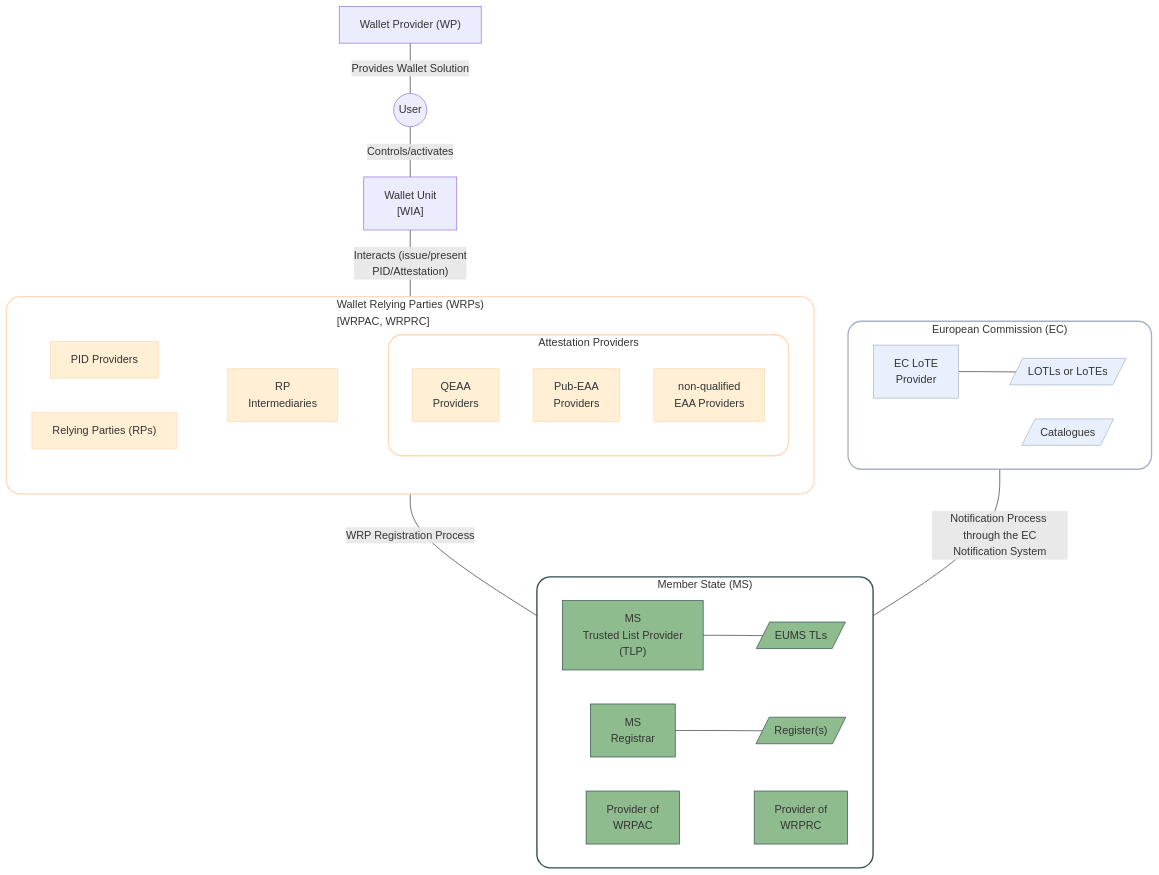
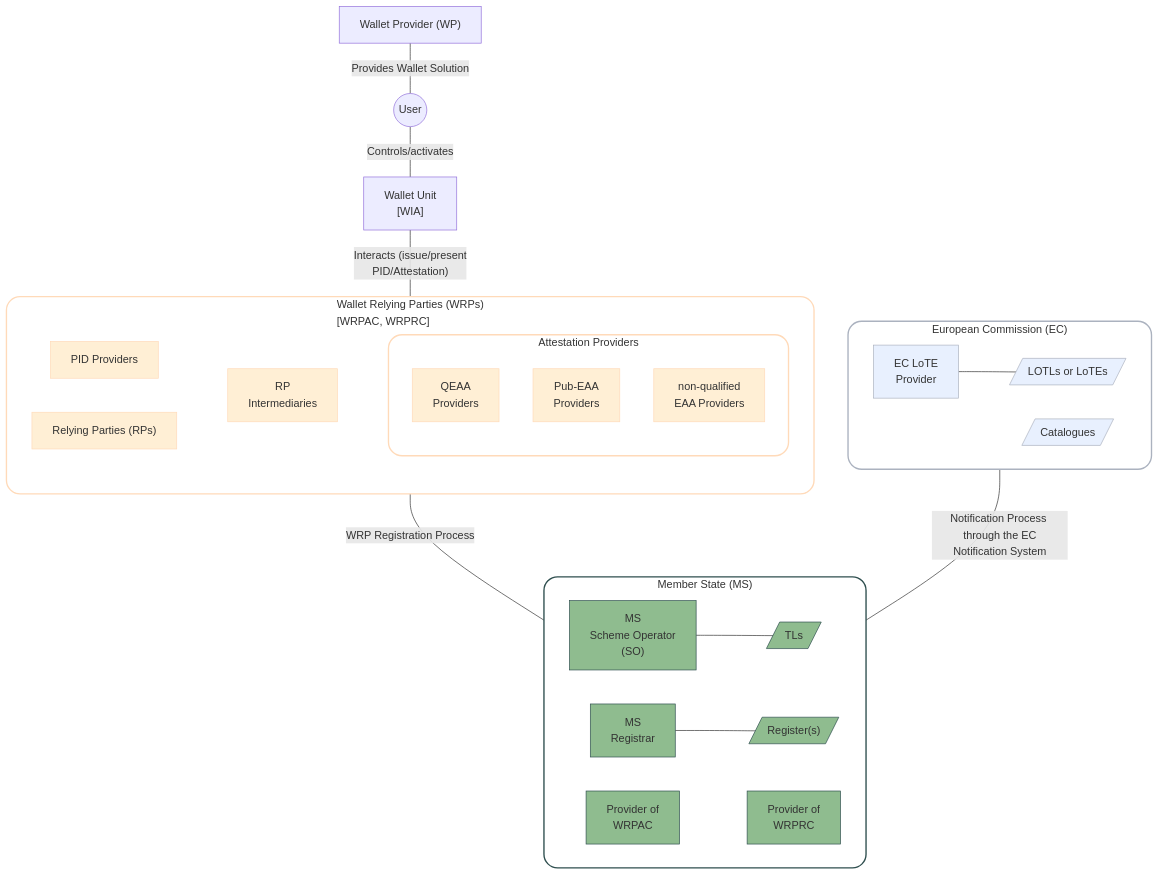
The fourth of 4 diagrams in docs/topics/trust-architecture.md (APTITUDE-Consortium/wp2-trust-specifications), drawn with Mermaid before and after one commit. The commit also changed other lines of this file and 7 other files, not shown here.

````diff
--- a/docs/topics/trust-architecture.md
+++ b/docs/topics/trust-architecture.md
@@ -155,67 +155,67 @@
 ```mermaid
 graph TD
 
     WP["Wallet Provider (WP)"]
     User((User))
     WU["Wallet Unit <br/> [WIA]"]
 
    subgraph WRP["Wallet Relying Parties (WRPs) <br/>[WRPAC, WRPRC]"]
         direction LR
         PIDP["PID Providers"]
         subgraph AP["Attestation Providers"]
             QEAAP["QEAA <br/>Providers"]
             PubP["Pub-EAA <br/>Providers"]
             EAAP["non-qualified <br/>EAA Providers"]
         end
         RP["Relying Parties (RPs)"]
         RPI["RP <br/>Intermediaries"]
     end
 
     subgraph MS["Member State (MS)"]
         MSReg[MS <br/>Registrar]
         ProvAC[Provider of <br/>WRPAC]
         ProvRC[Provider of <br/>WRPRC]
-        MSTLP["MS  <br/>Trusted List Provider  <br/>(TLP)"]
-        TLs[/EUMS TLs/]
+        MSTLP["MS  <br/>Scheme Operator  <br/>(SO)"]
+        TLs[/TLs/]
         Reg[/"Register(s)"/]
         MSTLP --- TLs
         MSReg--- Reg
     end
 
     subgraph EC["European Commission (EC)"]
         ECLoTE[EC LoTE <br/>Provider]
         Cat[/Catalogues/]
         LoTEs[/LOTLs or LoTEs/]
         ECLoTE --- LoTEs
     end
 
 
 
     %% Skeleton
     PIDP ~~~ RPI
     RPI ~~~ AP
     RP ~~~ RPI
     ProvAC ~~~ ProvRC
   
 
     %% Style
     classDef WRP_entities fill:#ffefd5, stroke:#ffdab9
     style WRP fill:#ffff,stroke:#ffdab9,stroke-width:2px,rx:20,ry:20
     style AP fill:#ffff,stroke:#ffdab9,stroke-width:2px,rx:20,ry:20
     style EC fill:#ffff,stroke:#abb2bf,stroke-width:2px,rx:20,ry:20
     style MS fill:#ffff,stroke:#2f4f4f,stroke-width:2px,rx:20,ry:20
     classDef blue fill:#e8f0fe,stroke:#abb2bf
     classDef green fill:#8fbc8f,stroke:#2f4f4f
 
     class QEAAP,PIDP,PubP,EAAP,RP,RPI WRP_entities;
     class ECLoTE,ECNS,Cat,LoTEs blue;
     class MSTLP,MSReg,ProvAC,ProvRC,TLs,Reg green;
 
 
     %% Arrows
     WP ---|Provides Wallet Solution| User 
     User ---|Controls/activates| WU
     WU ---|"Interacts (issue/present <br/>PID/Attestation)"| WRP 
     WRP ---|"WRP Registration Process"| MS  
     EC ---|"Notification Process <br/> through the EC Notification System"| MS
 ```
````
